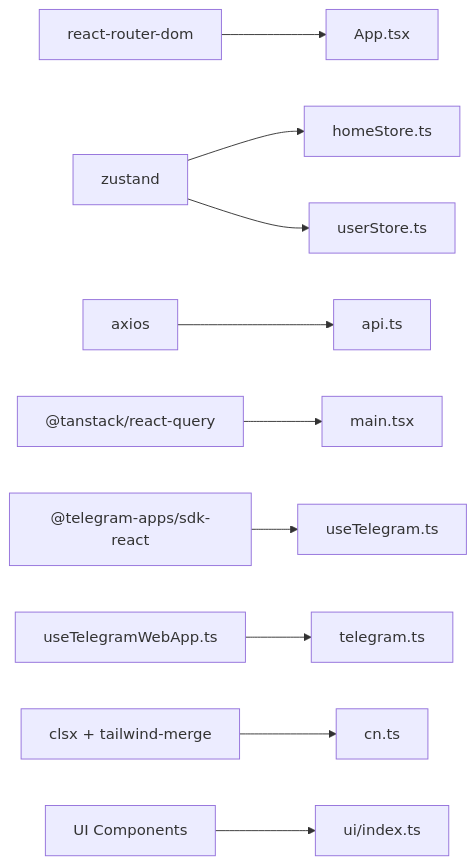
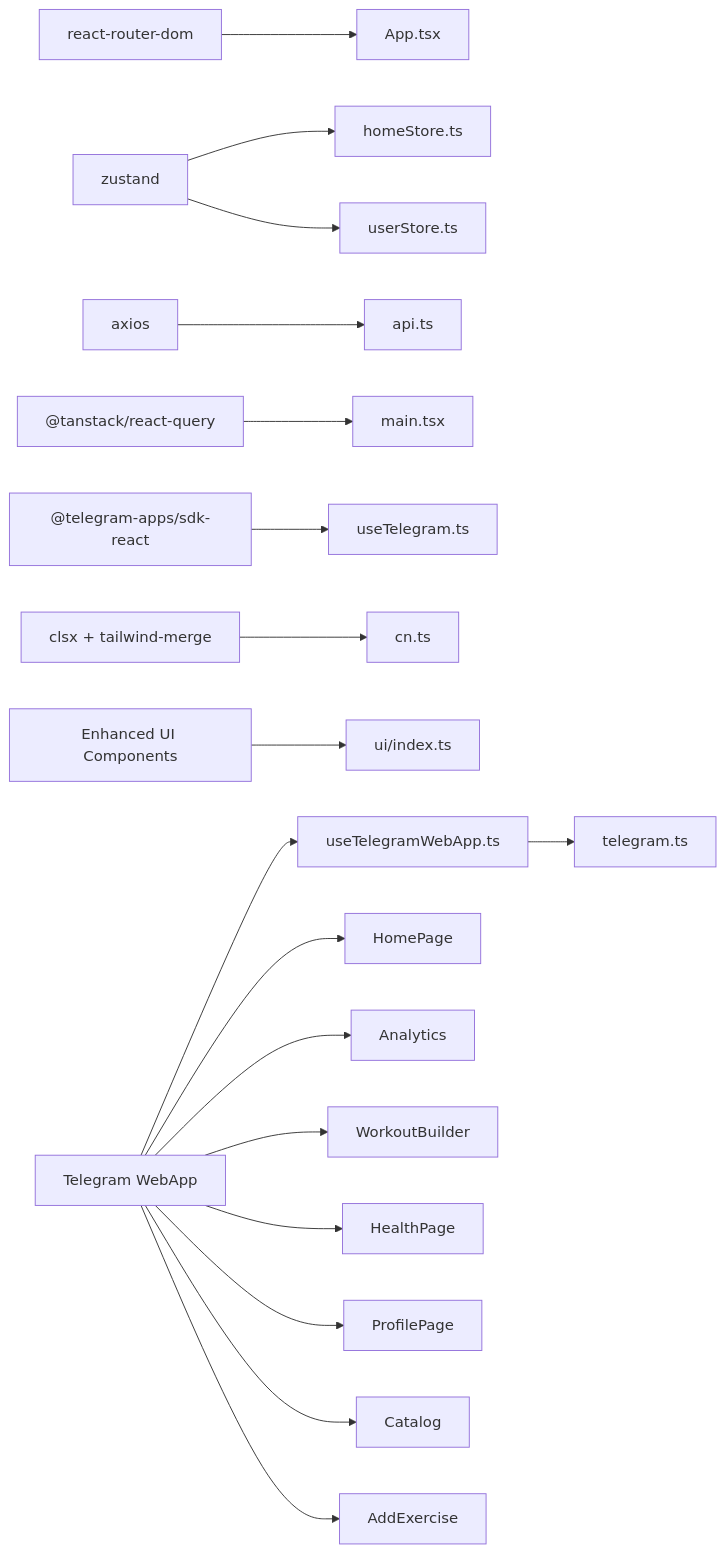
The ninth of 9 diagrams in .qoder/repowiki/en/content/Frontend Component Architecture/Frontend Component Architecture.md (nilsnavi/fit_trackerpro), drawn with Mermaid before and after one commit. The commit also changed other lines of this file and 26 other files, not shown here.

````diff
--- a/.qoder/repowiki/en/content/Frontend Component Architecture/Frontend Component Architecture.md
+++ b/.qoder/repowiki/en/content/Frontend Component Architecture/Frontend Component Architecture.md
@@ -418,12 +551,20 @@
 ```mermaid
 graph LR
 RRD["react-router-dom"] --> APP["App.tsx"]
 ZUSTAND["zustand"] --> HOMESTORE["homeStore.ts"]
 ZUSTAND --> USERSTORE["userStore.ts"]
 AXIOS["axios"] --> API["api.ts"]
 REACTQUERY["@tanstack/react-query"] --> MAIN["main.tsx"]
 TGLIGHT["@telegram-apps/sdk-react"] --> USETG["useTelegram.ts"]
 TGWEBAPP["useTelegramWebApp.ts"] --> TYPES["telegram.ts"]
 CLX["clsx + tailwind-merge"] --> CN["cn.ts"]
-UI["UI Components"] --> UILIB["ui/index.ts"]
+UI["Enhanced UI Components"] --> UILIB["ui/index.ts"]
+TELEGRAM["Telegram WebApp"] --> TGWEBAPP
+TELEGRAM --> HOME["HomePage"]
+TELEGRAM --> ANALYTICS["Analytics"]
+TELEGRAM --> WORKOUTS["WorkoutBuilder"]
+TELEGRAM --> HEALTH["HealthPage"]
+TELEGRAM --> PROFILE["ProfilePage"]
+TELEGRAM --> CATALOG["Catalog"]
+TELEGRAM --> ADD_EXERCISE["AddExercise"]
 ```
````
